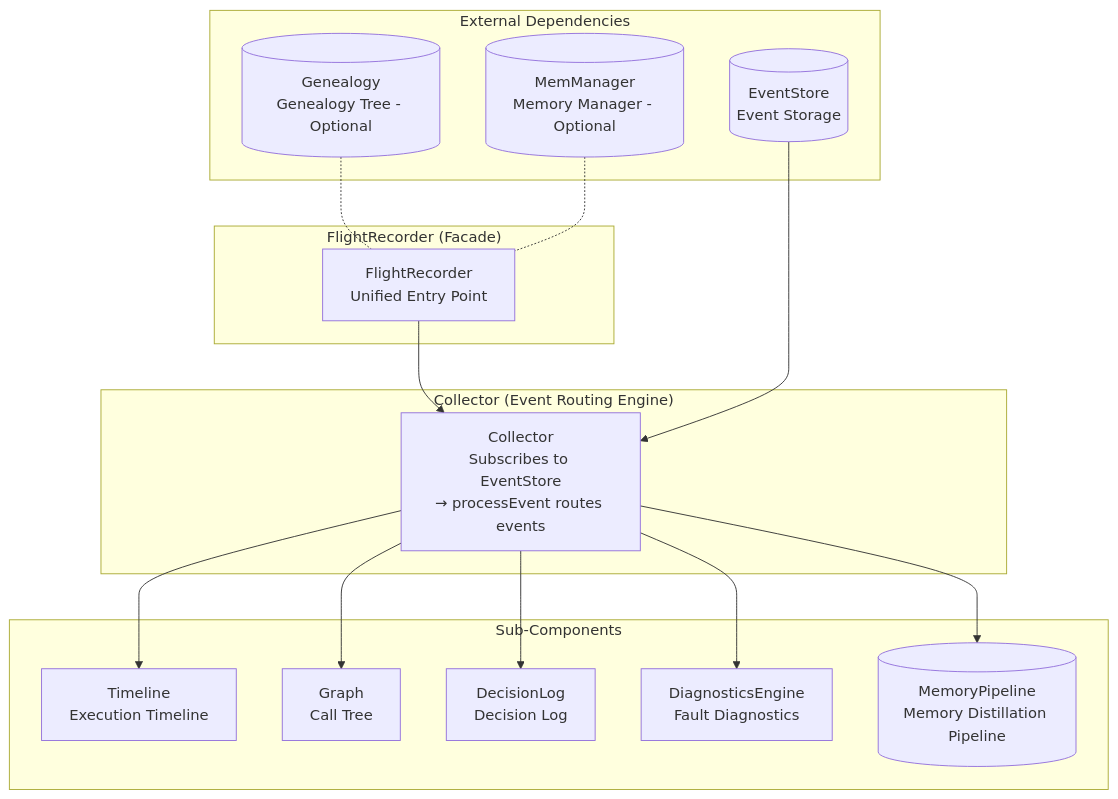
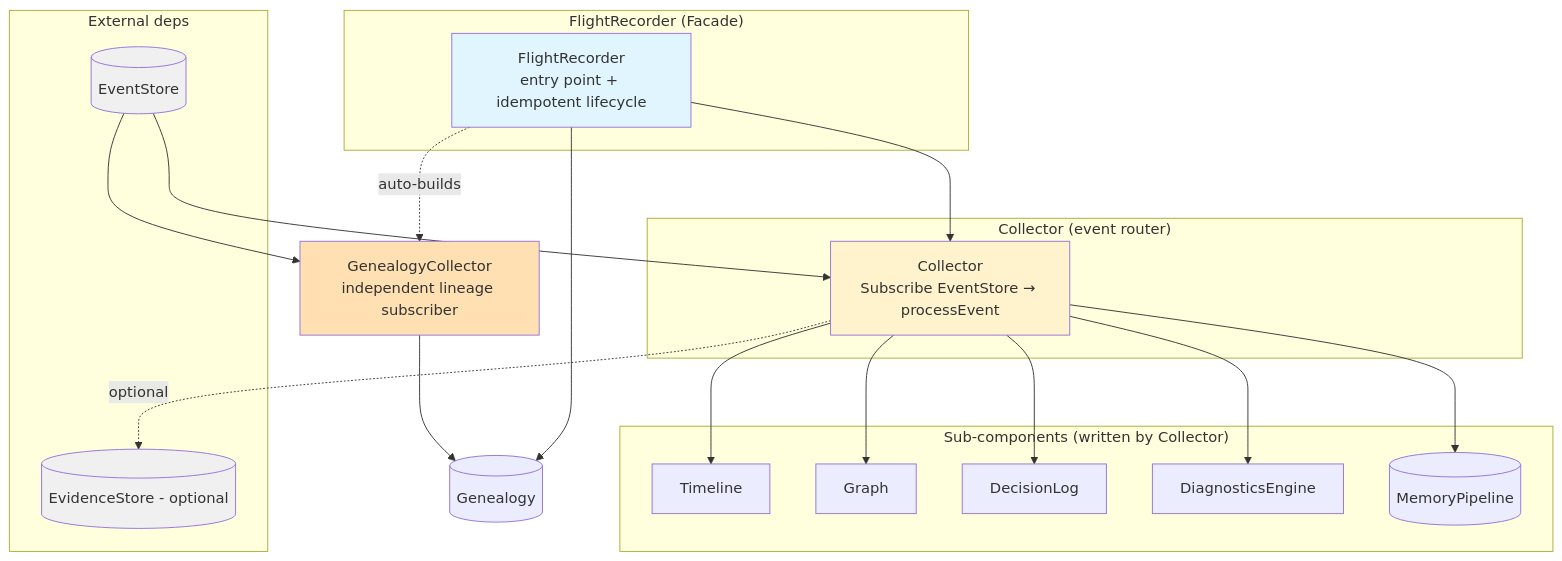
One commit to Timwood0x10/myblog changed the first of 3 diagrams in content/log/ARES/16-flight-recorder-deep-dive.md. Above: the diagram before and after it, drawn with Mermaid. The commit also changed other lines of this file and 33 other files, not shown here.

````diff
--- a/content/log/ARES/16-flight-recorder-deep-dive.md
+++ b/content/log/ARES/16-flight-recorder-deep-dive.md
@@ -57,31 +47,41 @@
 ```mermaid
 graph TB
     subgraph "FlightRecorder (Facade)"
-        FR[FlightRecorder<br/>Unified Entry Point]
+        FR[FlightRecorder<br/>entry point + idempotent lifecycle]
     end
 
-    subgraph "Collector (Event Routing Engine)"
-        C[Collector<br/>Subscribes to EventStore<br/>→ processEvent routes events]
+    subgraph "Collector (event router)"
+        C[Collector<br/>Subscribe EventStore → processEvent]
     end
 
-    subgraph "Sub-Components"
-        TL[Timeline<br/>Execution Timeline]
-        GR[Graph<br/>Call Tree]
-        DL[DecisionLog<br/>Decision Log]
-        DE[DiagnosticsEngine<br/>Fault Diagnostics]
-        PL[(MemoryPipeline<br/>Memory Distillation Pipeline)]
+    subgraph "Sub-components (written by Collector)"
+        TL[Timeline]
+        GR[Graph]
+        DL[DecisionLog]
+        DE[DiagnosticsEngine]
+        PL[(MemoryPipeline)]
     end
 
-    subgraph "External Dependencies"
-        ES[(EventStore<br/>Event Storage)]
-        MM[(MemManager<br/>Memory Manager - Optional)]
-        GL[(Genealogy<br/>Genealogy Tree - Optional)]
+    GC[GenealogyCollector<br/>independent lineage subscriber]
+    GL[(Genealogy)]
+
+    subgraph "External deps"
+        ES[(EventStore)]
+        EV[(EvidenceStore - optional)]
     end
 
     FR --> C
     C --> TL & GR & DL & DE & PL
-    GL -.- FR
-    MM -.- FR
+    C -. optional .-> EV
+    FR -. auto-builds .-> GC
+    GC --> GL
+    FR --> GL
     ES --> C
+    ES --> GC
 
+    style FR fill:#e1f5fe
+    style C fill:#fff3cd
+    style GC fill:#ffe0b2
+    style ES fill:#f0f0f0
+    style EV fill:#f0f0f0
 ```
````
